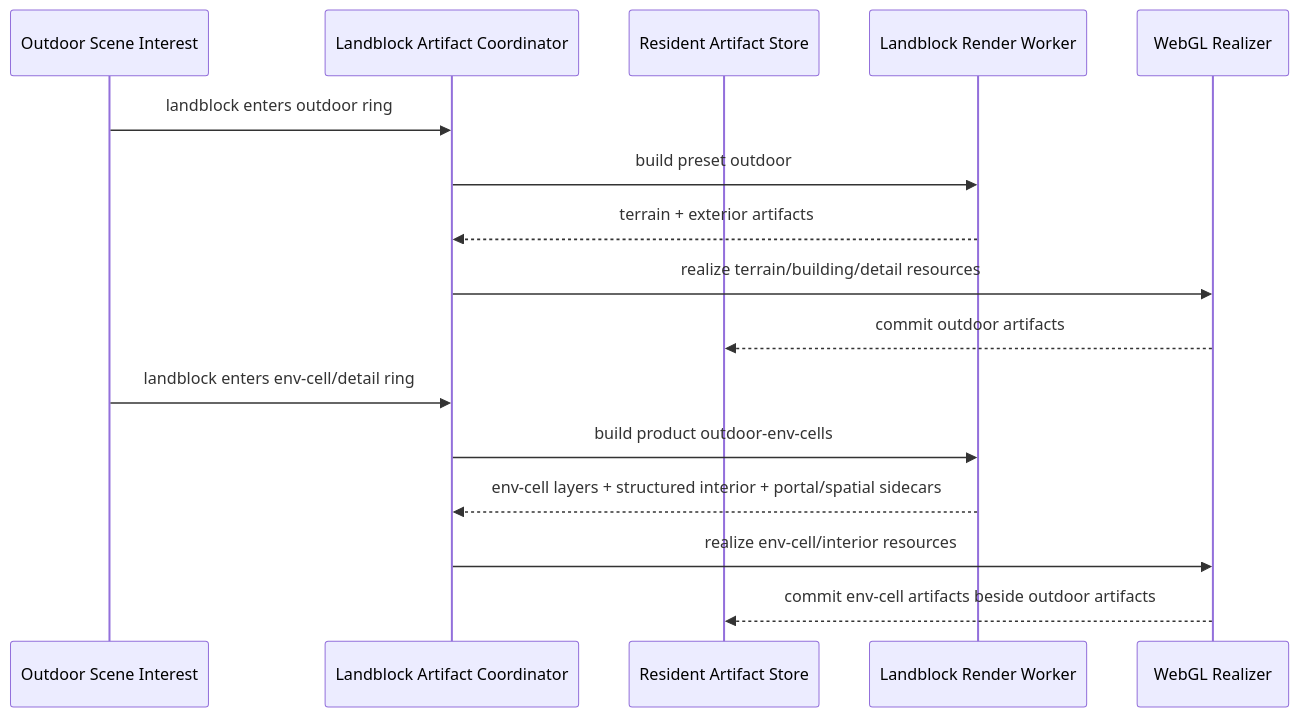
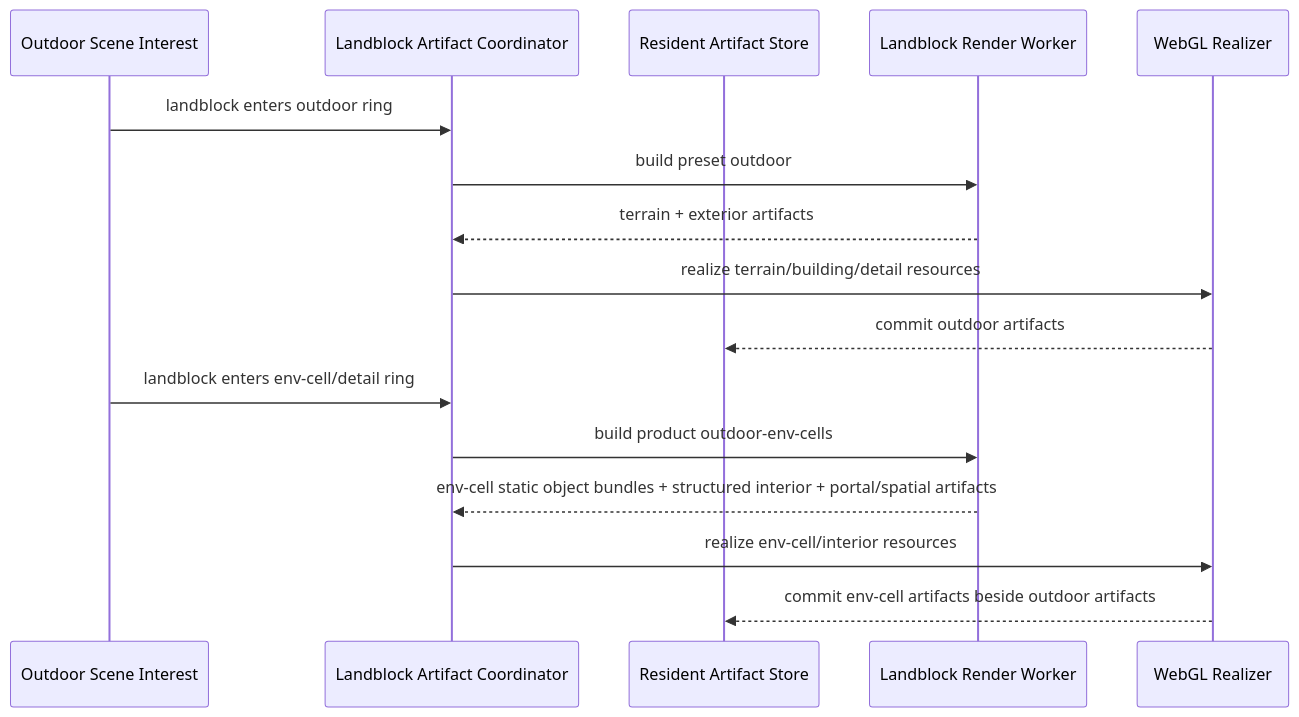
The third of 10 diagrams in docs/plans/holtburger-3d-static-landblock-render-bundle-replacement-plan.md (merklejerk/holtburger), drawn with Mermaid before and after one commit. The commit also changed other lines of this file and 3 other files, not shown here.

````diff
--- a/docs/plans/holtburger-3d-static-landblock-render-bundle-replacement-plan.md
+++ b/docs/plans/holtburger-3d-static-landblock-render-bundle-replacement-plan.md
@@ -645,19 +671,19 @@
 ```mermaid
 sequenceDiagram
     participant Interest as Outdoor Scene Interest
     participant Coord as Landblock Artifact Coordinator
     participant Store as Resident Artifact Store
     participant Worker as Landblock Render Worker
     participant GL as WebGL Realizer
 
     Interest->>Coord: landblock enters outdoor ring
     Coord->>Worker: build preset outdoor
     Worker-->>Coord: terrain + exterior artifacts
     Coord->>GL: realize terrain/building/detail resources
     GL-->>Store: commit outdoor artifacts
     Interest->>Coord: landblock enters env-cell/detail ring
     Coord->>Worker: build product outdoor-env-cells
-    Worker-->>Coord: env-cell layers + structured interior + portal/spatial sidecars
+    Worker-->>Coord: env-cell static object bundles + structured interior + portal/spatial artifacts
     Coord->>GL: realize env-cell/interior resources
     GL-->>Store: commit env-cell artifacts beside outdoor artifacts
 ```
````
